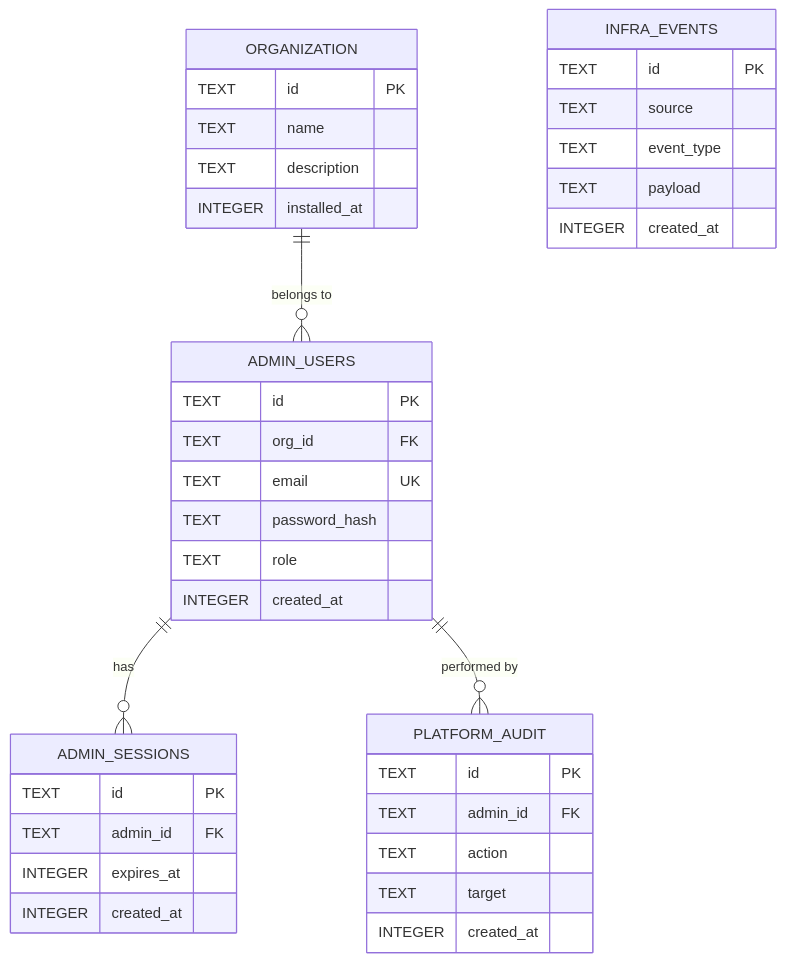
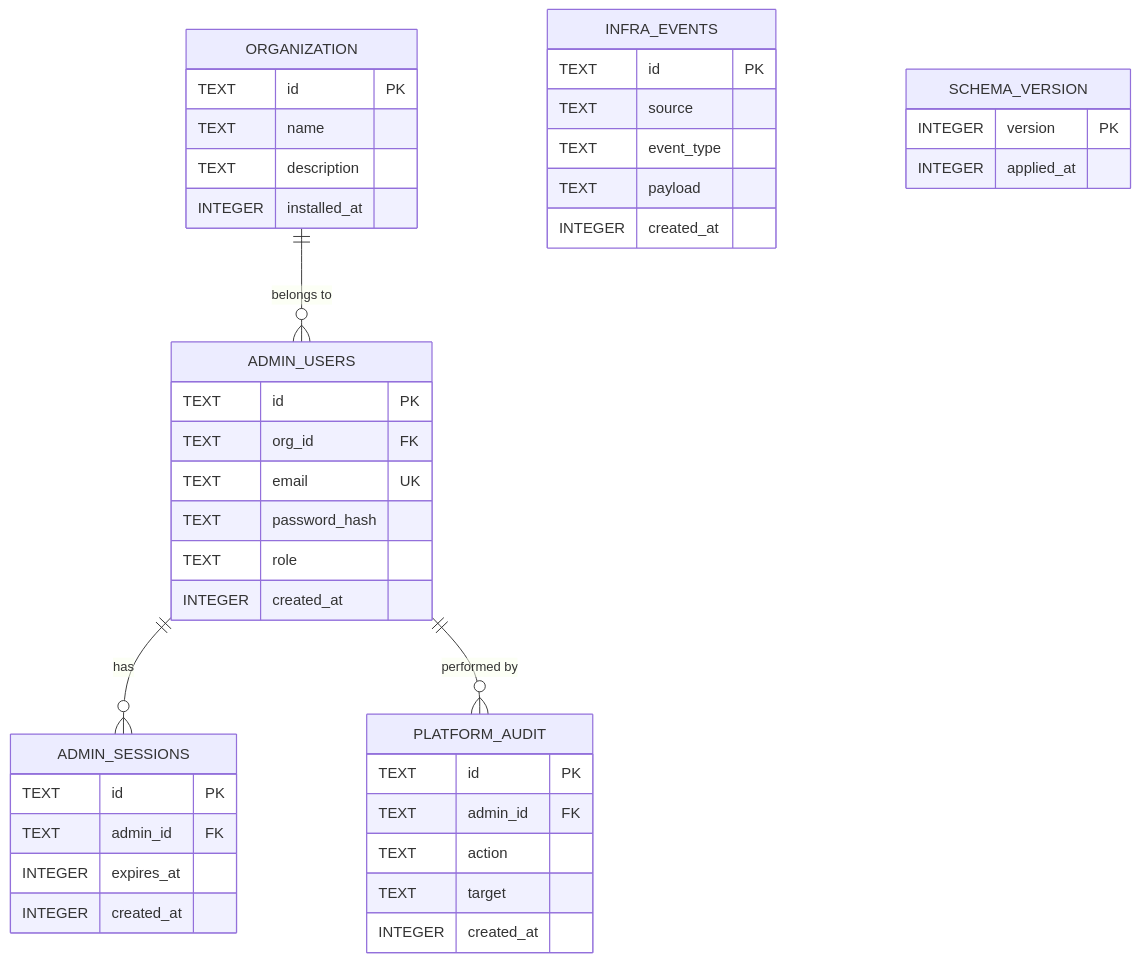
One commit to NabilMouzouna/NubleStation changed the diagram in docs/documentation/console-sqlite-schema.md. Above: the diagram before and after it, drawn with Mermaid. The commit also changed other lines of this file, not shown here.

Commit message:
docs: clarify sqlite schema ownership, boot flow, and add schema_version table

````diff
--- a/docs/documentation/console-sqlite-schema.md
+++ b/docs/documentation/console-sqlite-schema.md
@@ -7,45 +50,50 @@
 ```mermaid
 erDiagram
     ORGANIZATION {
         TEXT id PK
         TEXT name
         TEXT description
         INTEGER installed_at
     }
 
     ADMIN_USERS {
         TEXT id PK
         TEXT org_id FK
         TEXT email UK
         TEXT password_hash
         TEXT role
         INTEGER created_at
     }
 
     ADMIN_SESSIONS {
         TEXT id PK
         TEXT admin_id FK
         INTEGER expires_at
         INTEGER created_at
     }
 
     INFRA_EVENTS {
         TEXT id PK
         TEXT source
         TEXT event_type
         TEXT payload
         INTEGER created_at
     }
 
     PLATFORM_AUDIT {
         TEXT id PK
         TEXT admin_id FK
         TEXT action
         TEXT target
         INTEGER created_at
     }
 
+    SCHEMA_VERSION {
+        INTEGER version PK
+        INTEGER applied_at
+    }
+
     ORGANIZATION ||--o{ ADMIN_USERS : "belongs to"
     ADMIN_USERS ||--o{ ADMIN_SESSIONS : "has"
     ADMIN_USERS ||--o{ PLATFORM_AUDIT : "performed by"
 ```
````
